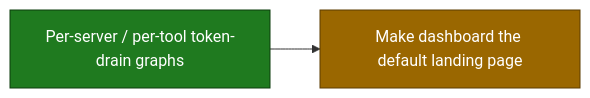
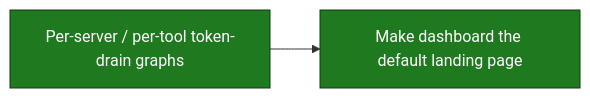
Before and after one commit to smart-mcp-proxy/mcpproxy-go: the fifth of 20 diagrams in ROADMAP.md, drawn with Mermaid. The commit also changed other lines of this file and 1 other file, not shown here.

First line of the commit message:
chore(roadmap): truth-sync ux-audit and upgrade-nudge

````diff
--- a/ROADMAP.md
+++ b/ROADMAP.md
@@ -137,12 +210,10 @@
 ```mermaid
 graph LR
   analytics_token_drain_graphs["Per-server / per-tool token-drain graphs"]
   analytics_default_landing["Make dashboard the default landing page"]
 
   analytics_token_drain_graphs --> analytics_default_landing
 
   classDef done fill:#1f7a1f,stroke:#0d3d0d,color:#ffffff;
-  classDef in_review fill:#9a6700,stroke:#5c3d00,color:#ffffff;
-  class analytics_token_drain_graphs done;
-  class analytics_default_landing in_review;
+  class analytics_token_drain_graphs,analytics_default_landing done;
 ```
````
